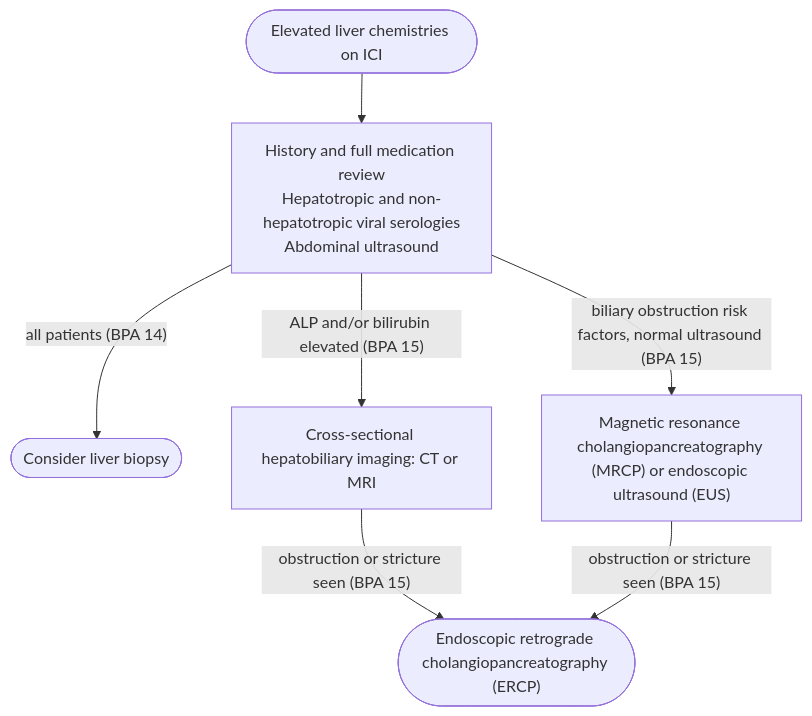
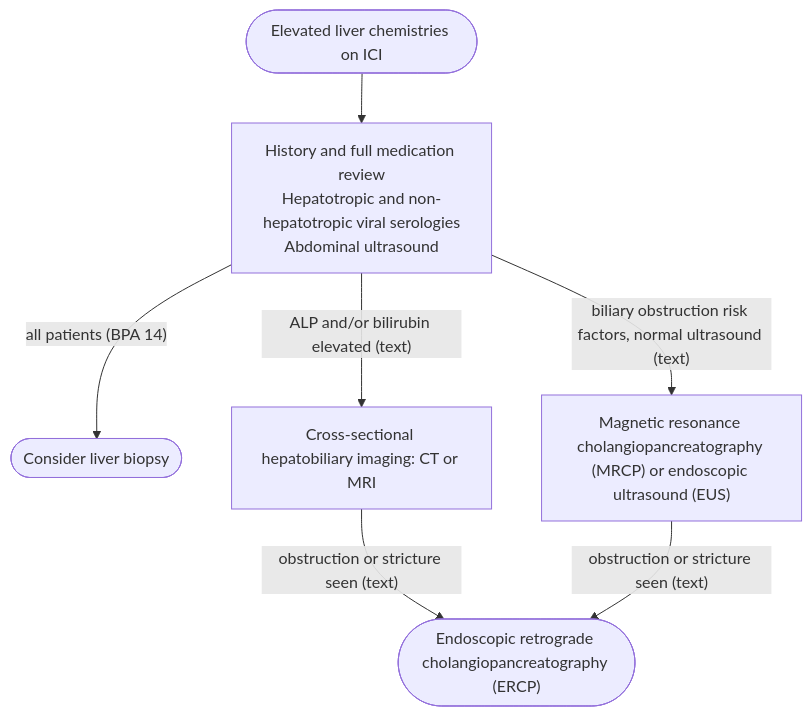
The diagram in KHNL-GI-Wiki/wiki/1-disease-scripts/hepatology-diseases/immune-checkpoint-inhibitor-hepatitis.md (KHNickLeMD/KHNL-GI-Wiki), drawn with Mermaid before and after one commit. The commit also changed other lines of this file and 3 other files, not shown here.

````diff
--- a/KHNL-GI-Wiki/wiki/1-disease-scripts/hepatology-diseases/immune-checkpoint-inhibitor-hepatitis.md
+++ b/KHNL-GI-Wiki/wiki/1-disease-scripts/hepatology-diseases/immune-checkpoint-inhibitor-hepatitis.md
@@ -105,12 +106,12 @@
 ```mermaid
 flowchart TD
     A(["Elevated liver chemistries on ICI"]) --> B["History and full medication review<br/>Hepatotropic and non-hepatotropic viral serologies<br/>Abdominal ultrasound"]
     B -- "all patients (BPA 14)" --> L(["Consider liver biopsy"])
-    B -- "ALP and/or bilirubin elevated (BPA 15)" --> C["Cross-sectional hepatobiliary imaging: CT or MRI"]
-    B -- "biliary obstruction risk factors, normal ultrasound (BPA 15)" --> D["Magnetic resonance cholangiopancreatography (MRCP) or endoscopic ultrasound (EUS)"]
-    C -- "obstruction or stricture seen (BPA 15)" --> E(["Endoscopic retrograde cholangiopancreatography (ERCP)"])
-    D -- "obstruction or stricture seen (BPA 15)" --> E
+    B -- "ALP and/or bilirubin elevated (text)" --> C["Cross-sectional hepatobiliary imaging: CT or MRI"]
+    B -- "biliary obstruction risk factors, normal ultrasound (text)" --> D["Magnetic resonance cholangiopancreatography (MRCP) or endoscopic ultrasound (EUS)"]
+    C -- "obstruction or stricture seen (text)" --> E(["Endoscopic retrograde cholangiopancreatography (ERCP)"])
+    D -- "obstruction or stricture seen (text)" --> E
     class A start
     class B,C,D test
     class E,L act
 ```
````
